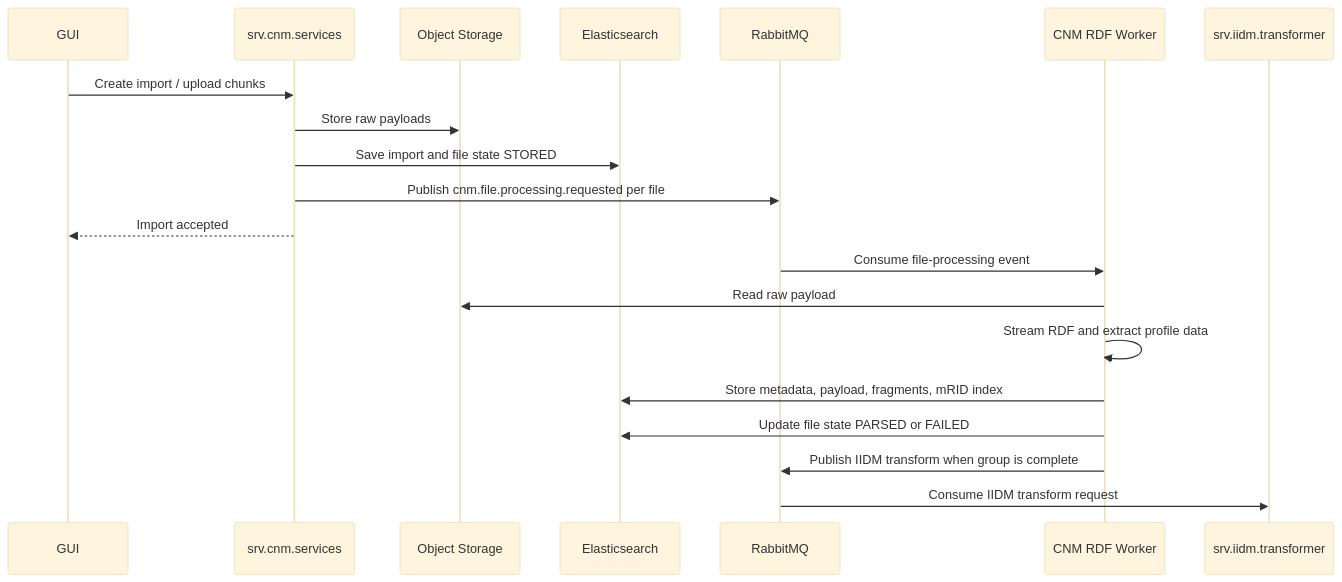
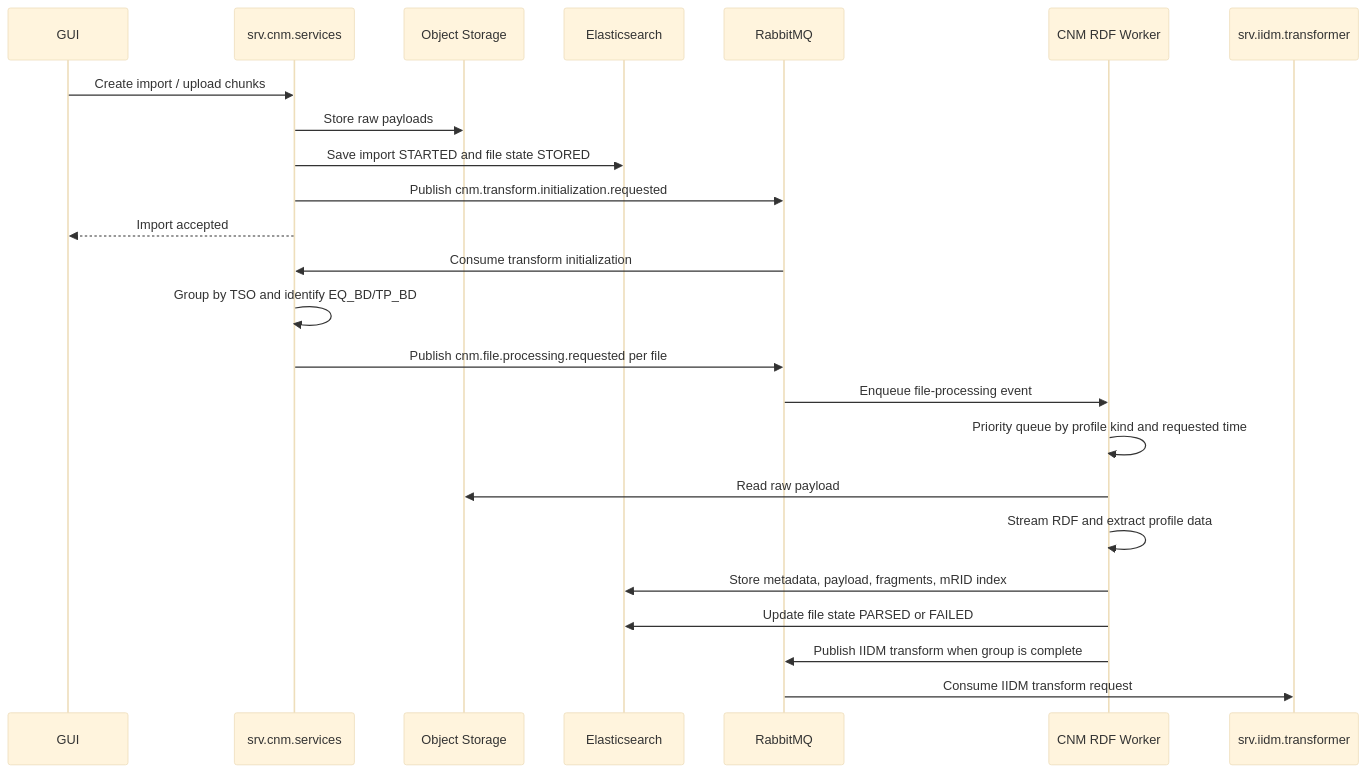
Before and after one commit to gsrinike/egm-suite: the diagram in doc.arch/CNM_IMPORT_DESIGN.md, drawn with Mermaid (base theme). The commit also changed other lines of this file and 14 other files, not shown here.

Commit message:
File Import Upgrade with Priority Implementation

````diff
--- a/doc.arch/CNM_IMPORT_DESIGN.md
+++ b/doc.arch/CNM_IMPORT_DESIGN.md
@@ -90,23 +93,27 @@
 ```mermaid
 sequenceDiagram
   participant GUI as GUI
   participant CNM as srv.cnm.services
   participant MinIO as Object Storage
   participant ES as Elasticsearch
   participant MQ as RabbitMQ
   participant Worker as CNM RDF Worker
   participant IIDM as srv.iidm.transformer
 
   GUI->>CNM: Create import / upload chunks
   CNM->>MinIO: Store raw payloads
-  CNM->>ES: Save import and file state STORED
+  CNM->>ES: Save import STARTED and file state STORED
+  CNM->>MQ: Publish cnm.transform.initialization.requested
+  CNM-->>GUI: Import accepted
+  MQ->>CNM: Consume transform initialization
+  CNM->>CNM: Group by TSO and identify EQ_BD/TP_BD
   CNM->>MQ: Publish cnm.file.processing.requested per file
-  CNM-->>GUI: Import accepted
-  MQ->>Worker: Consume file-processing event
+  MQ->>Worker: Enqueue file-processing event
+  Worker->>Worker: Priority queue by profile kind and requested time
   Worker->>MinIO: Read raw payload
   Worker->>Worker: Stream RDF and extract profile data
   Worker->>ES: Store metadata, payload, fragments, mRID index
   Worker->>ES: Update file state PARSED or FAILED
   Worker->>MQ: Publish IIDM transform when group is complete
   MQ->>IIDM: Consume IIDM transform request
 ```
````
